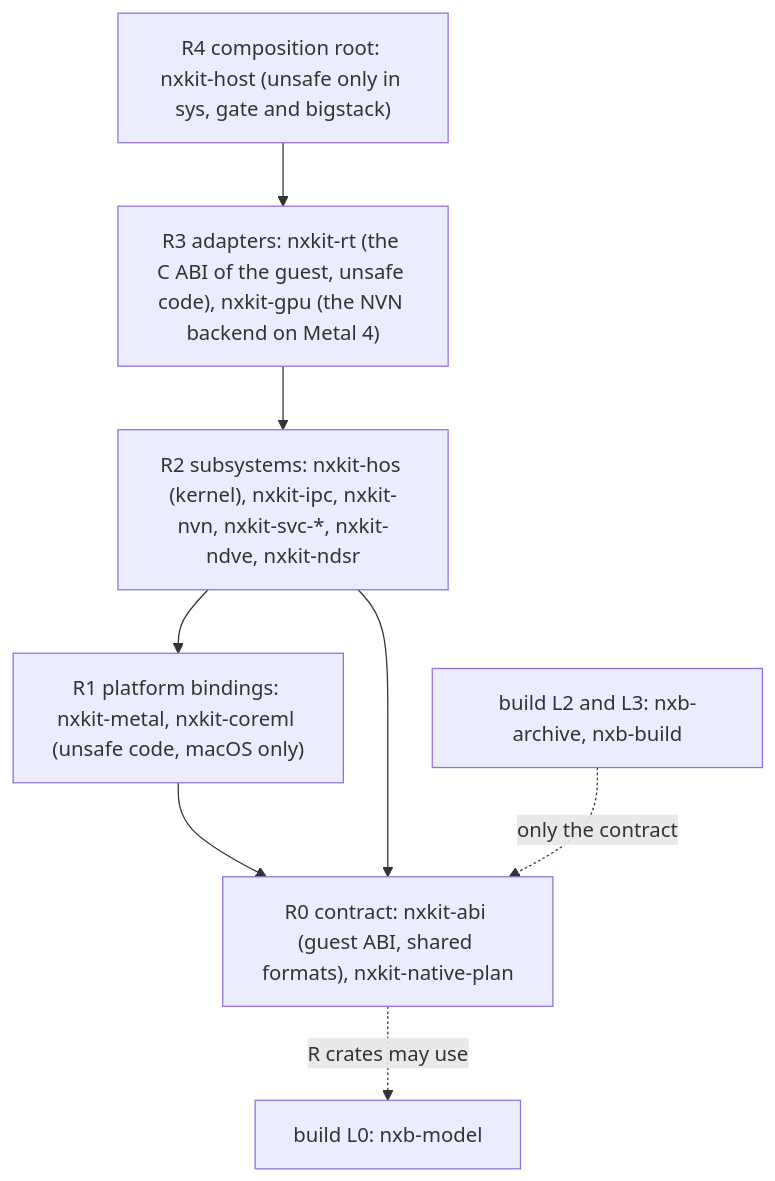
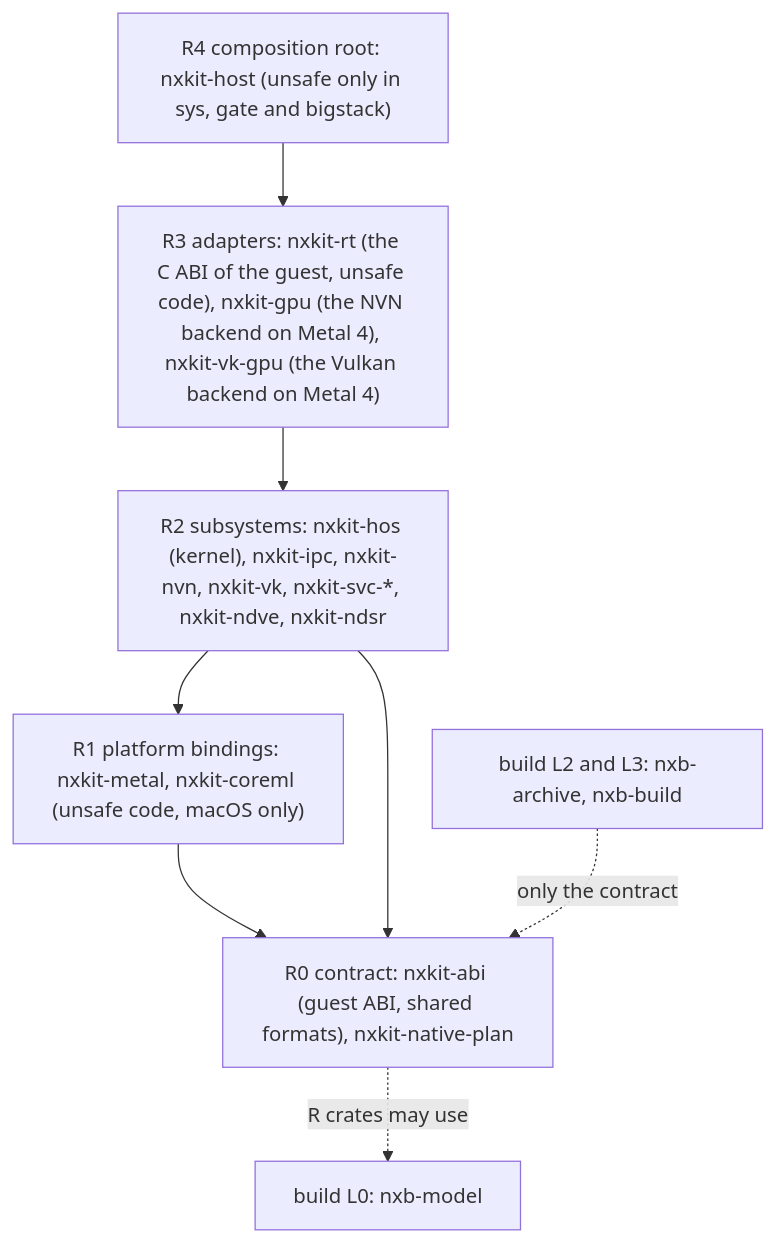
The second of 3 diagrams in docs/architecture.md (b4f8abbb24dbf56a7d0280f296e16eeb/nxkit), drawn with Mermaid before and after one commit. The commit also changed other lines of this file and 22 other files, not shown here.

````diff
--- a/docs/architecture.md
+++ b/docs/architecture.md
@@ -41,12 +41,12 @@
 ```mermaid
 flowchart TD
   R4["R4 composition root: nxkit-host (unsafe only in sys, gate and bigstack)"]
-  R3["R3 adapters: nxkit-rt (the C ABI of the guest, unsafe code), nxkit-gpu (the NVN backend on Metal 4)"]
-  R2["R2 subsystems: nxkit-hos (kernel), nxkit-ipc, nxkit-nvn, nxkit-svc-*, nxkit-ndve, nxkit-ndsr"]
+  R3["R3 adapters: nxkit-rt (the C ABI of the guest, unsafe code), nxkit-gpu (the NVN backend on Metal 4), nxkit-vk-gpu (the Vulkan backend on Metal 4)"]
+  R2["R2 subsystems: nxkit-hos (kernel), nxkit-ipc, nxkit-nvn, nxkit-vk, nxkit-svc-*, nxkit-ndve, nxkit-ndsr"]
   R1["R1 platform bindings: nxkit-metal, nxkit-coreml (unsafe code, macOS only)"]
   R0["R0 contract: nxkit-abi (guest ABI, shared formats), nxkit-native-plan"]
   R4 --> R3 --> R2 --> R1 --> R0
   R2 --> R0
   R0 -.->|R crates may use| BL0["build L0: nxb-model"]
   BL3["build L2 and L3: nxb-archive, nxb-build"] -.->|only the contract| R0
 ```
````
